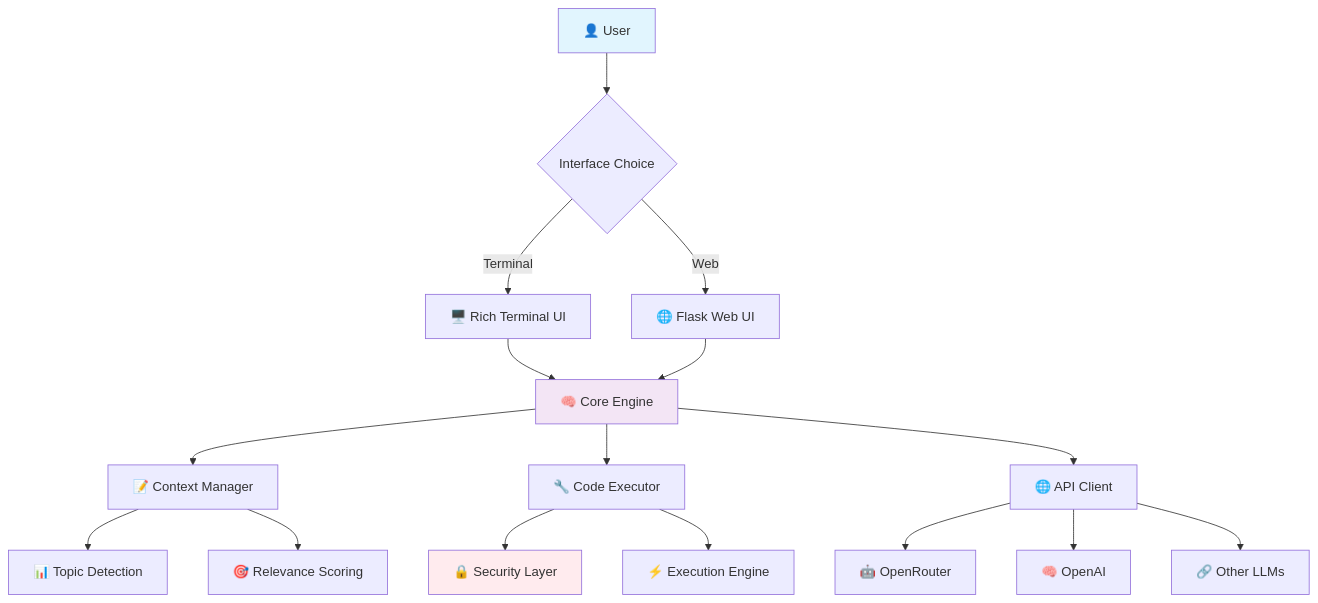
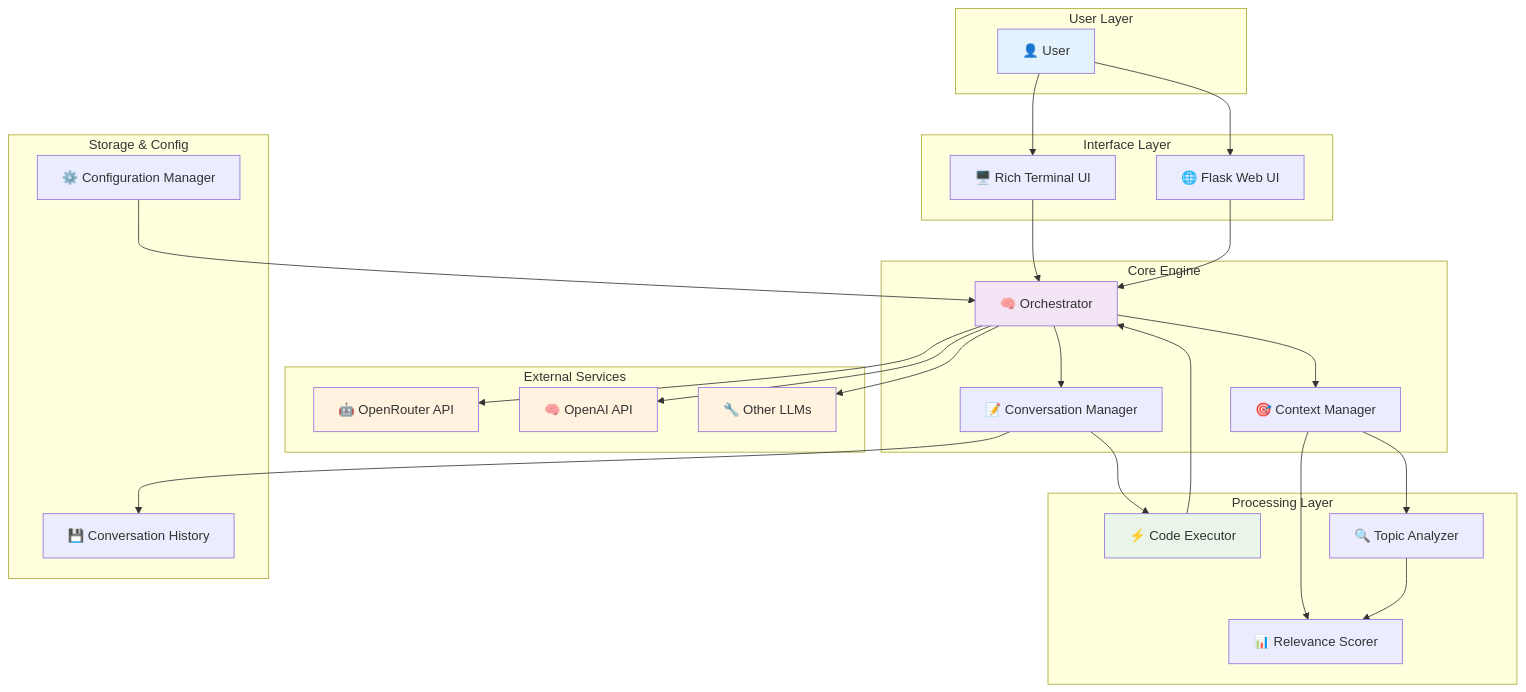
Before and after one commit to musagithub1/python-code-assistant-ai-bot: the first of 4 diagrams in README.md, drawn with Mermaid. The commit also changed other lines of this file, not shown here.

````diff
--- a/README.md
+++ b/README.md
@@ -25,27 +30,58 @@
 ```mermaid
 graph TB
-    A[👤 User] --> B{Interface Choice}
-    B -->|Terminal| C[🖥️ Rich Terminal UI]
-    B -->|Web| D[🌐 Flask Web UI]
+    subgraph "User Layer"
+        A[👤 User] 
+    end
     
-    C --> E[🧠 Core Engine]
+    subgraph "Interface Layer"
+        B[🖥️ Rich Terminal UI]
+        C[🌐 Flask Web UI]
+    end
+    
+    subgraph "Core Engine"
+        D[🧠 Orchestrator]
+        E[📝 Conversation Manager]
+        F[🎯 Context Manager]
+    end
+    
+    subgraph "Processing Layer"
+        G[⚡ Code Executor]
+        H[🔍 Topic Analyzer]
+        I[📊 Relevance Scorer]
+    end
+    
+    subgraph "External Services"
+        J[🤖 OpenRouter API]
+        K[🧠 OpenAI API]
+        L[🔧 Other LLMs]
+    end
+    
+    subgraph "Storage & Config"
+        M[⚙️ Configuration Manager]
+        N[💾 Conversation History]
+    end
+    
+    A --> B
+    A --> C
+    B --> D
+    C --> D
     D --> E
+    D --> F
+    E --> G
+    F --> H
+    F --> I
+    G --> D
+    H --> I
+    D --> J
+    D --> K
+    D --> L
+    M --> D
+    E --> N
     
-    E --> F[📝 Context Manager]
-    E --> G[🔧 Code Executor]
-    E --> H[🌐 API Client]
-    
-    F --> I[📊 Topic Detection]
-    F --> J[🎯 Relevance Scoring]
-    
-    G --> K[🔒 Security Layer]
-    G --> L[⚡ Execution Engine]
-    
-    H --> M[🤖 OpenRouter]
-    H --> N[🧠 OpenAI]
-    H --> O[🔗 Other LLMs]
-    
-    style A fill:#e1f5fe
-    style E fill:#f3e5f5
-    style K fill:#ffebee
+    style A fill:#e3f2fd
+    style D fill:#f3e5f5
+    style G fill:#e8f5e8
+    style J fill:#fff3e0
+    style K fill:#fff3e0
+    style L fill:#fff3e0
 ```
````
